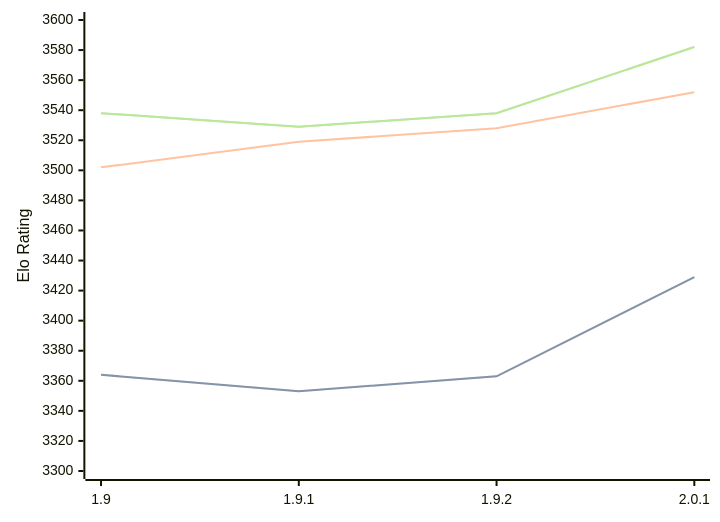
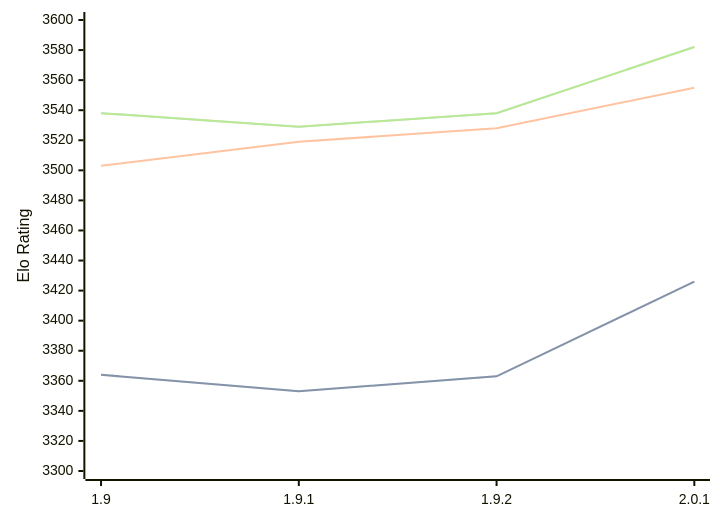
One commit to computer-chess-index/cci changed the first of 3 diagrams in engines/Pawnocchio.md. Above: the diagram before and after it, drawn with Mermaid. The commit also changed other lines of this file, not shown here.

````diff
--- a/engines/Pawnocchio.md
+++ b/engines/Pawnocchio.md
@@ -50,11 +50,11 @@
 ```mermaid
 %%{init: {"theme":"base","themeVariables":{"seriesColors:['#a3a3a3','#222221','#faa371']}}}%%
 xychart-beta
   x-axis ["1.9", "1.9.1", "1.9.2", "2.0.1"]
   y-axis "Elo Rating" 3300 --> 3600
-  line "STC (8.0+0.08s)" [3364, 3353, 3363, 3429]
-  line "STC (8.0+0.08s)" [3364, 3353, 3363, 3429]
-  line "LTC (60.0+0.60s)" [3502, 3519, 3528, 3552]
+  line "STC (8.0+0.08s)" [3364, 3353, 3363, 3426]
+  line "STC (8.0+0.08s)" [3364, 3353, 3363, 3426]
+  line "LTC (60.0+0.60s)" [3503, 3519, 3528, 3555]
   line "VLTC (2m24s+1.12s)" [3538, 3529, 3538, 3582]
   line "VLTC (2m24s+1.12s)" [3538, 3529, 3538, 3582]
 ```
````
